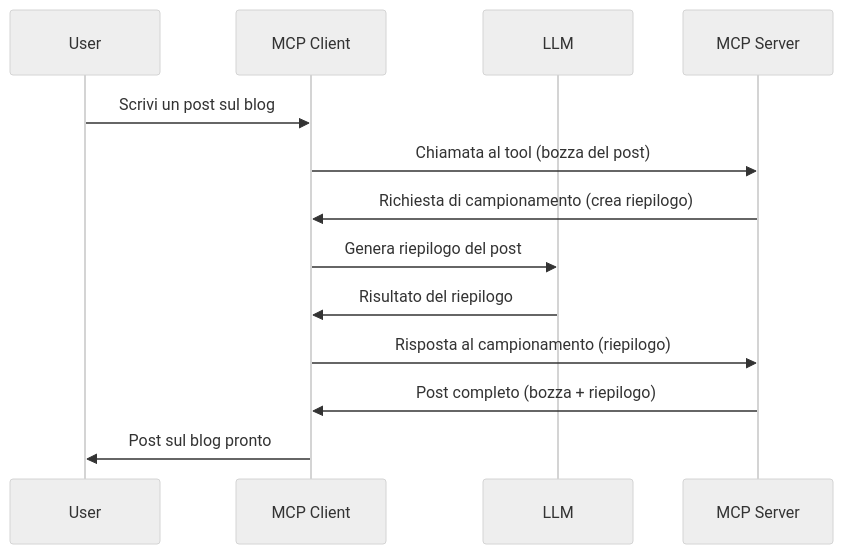
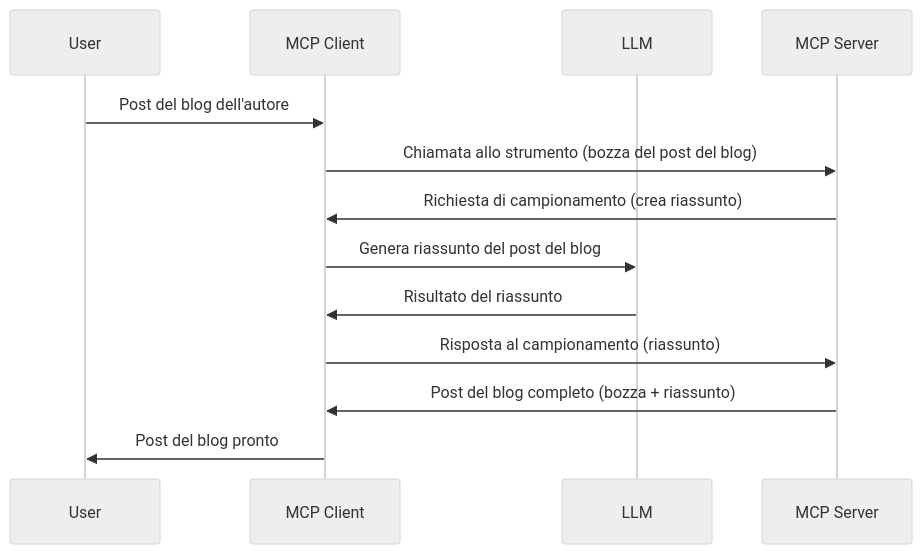
One commit to HIDORAKAI002/ai-workspace-archive changed the diagram in mcp_ecosystem__model_context_protocol/mcp_learning_resources/mcp-for-beginners/translations/it/03-GettingStarted/14-sampling/README.md. Above: the diagram before and after it, drawn with Mermaid (neutral theme). The commit also changed other lines of this file and 5721 other files, not shown here.

Commit message:
chore(sync): update MCP Python SDK, MCP TypeScript SDK, Supabase MCP, Kubernetes MCP Server, Git MCP, MCP Agent, Awesome ChatGPT Prompts, Langfuse, +62 more

````diff
--- a/mcp_ecosystem__model_context_protocol/mcp_learning_resources/mcp-for-beginners/translations/it/03-GettingStarted/14-sampling/README.md
+++ b/mcp_ecosystem__model_context_protocol/mcp_learning_resources/mcp-for-beginners/translations/it/03-GettingStarted/14-sampling/README.md
@@ -25,16 +27,16 @@
 ```mermaid
 sequenceDiagram
     participant User
     participant MCP Client
     participant LLM
     participant MCP Server
 
-    User->>MCP Client: Scrivi un post sul blog
-    MCP Client->>MCP Server: Chiamata al tool (bozza del post)
-    MCP Server->>MCP Client: Richiesta di campionamento (crea riepilogo)
-    MCP Client->>LLM: Genera riepilogo del post
-    LLM->>MCP Client: Risultato del riepilogo
-    MCP Client->>MCP Server: Risposta al campionamento (riepilogo)
-    MCP Server->>MCP Client: Post completo (bozza + riepilogo)
-    MCP Client->>User: Post sul blog pronto
+    User->>MCP Client: Post del blog dell'autore
+    MCP Client->>MCP Server: Chiamata allo strumento (bozza del post del blog)
+    MCP Server->>MCP Client: Richiesta di campionamento (crea riassunto)
+    MCP Client->>LLM: Genera riassunto del post del blog
+    LLM->>MCP Client: Risultato del riassunto
+    MCP Client->>MCP Server: Risposta al campionamento (riassunto)
+    MCP Server->>MCP Client: Post del blog completo (bozza + riassunto)
+    MCP Client->>User: Post del blog pronto
 ```
````
